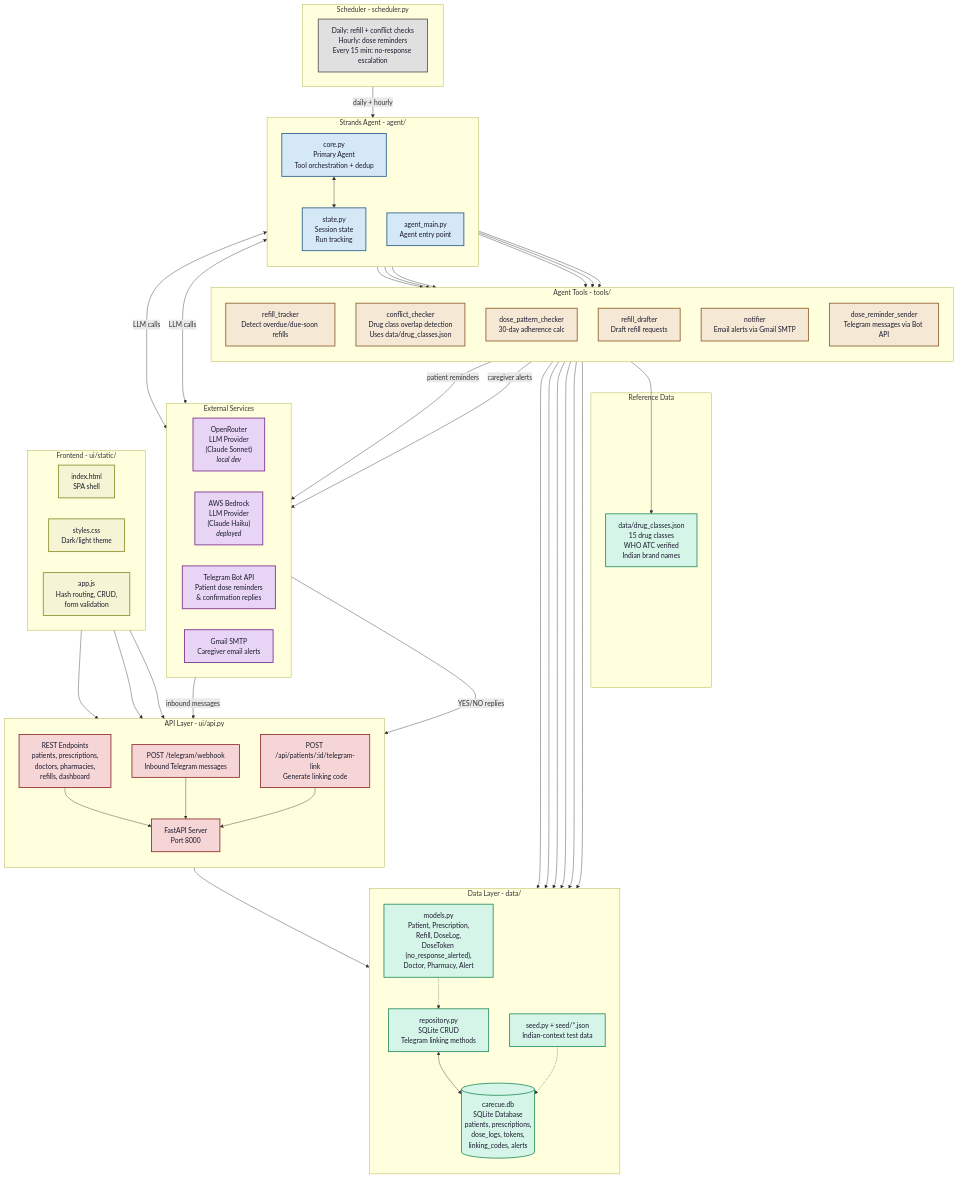
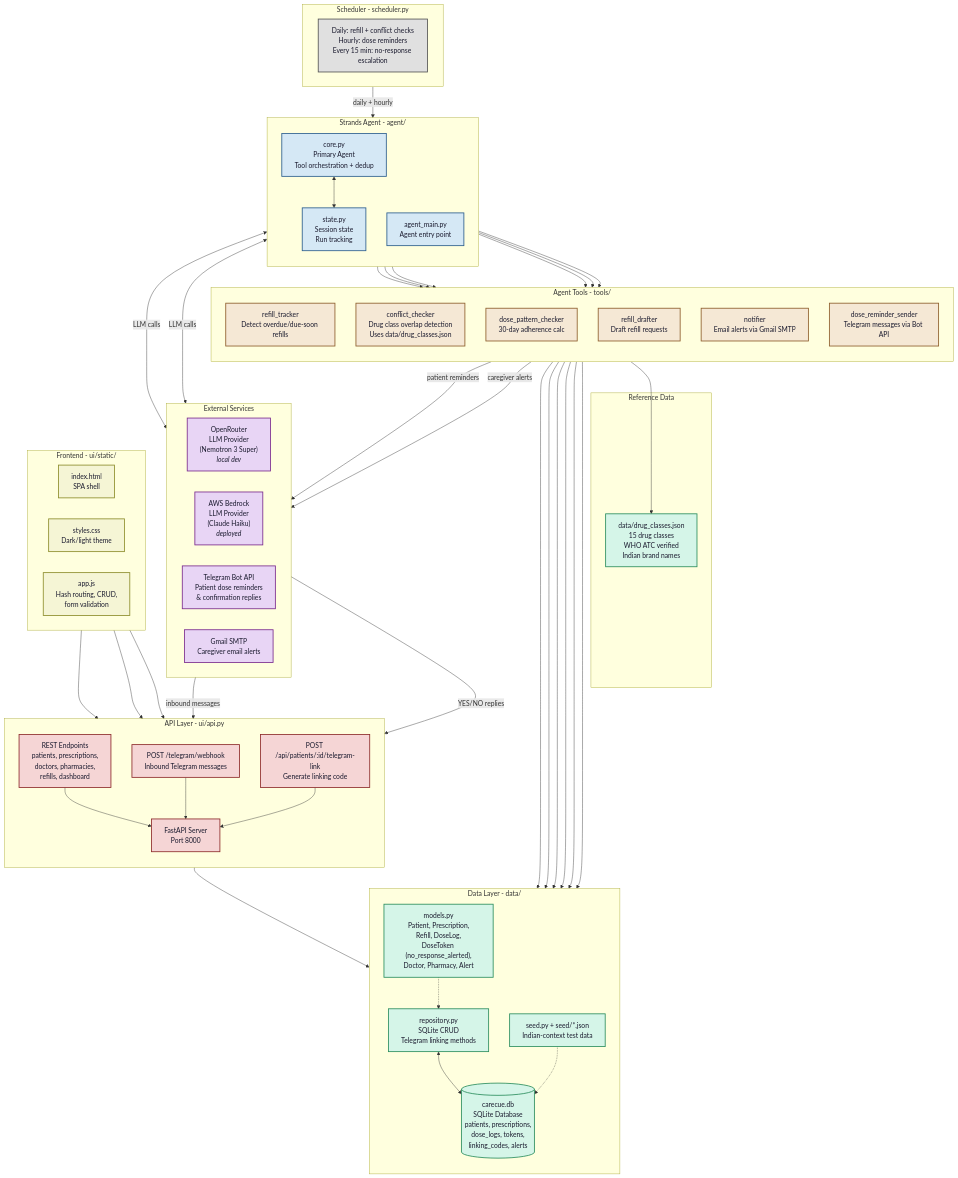
The diagram in docs/architecture.md (Biswajit-17/CareCue-Agent), drawn with Mermaid before and after one commit. The commit also changed other lines of this file and 2 other files, not shown here.

Commit message:
Use free Nemotron 3 Super model for local dev instead of Claude Sonnet
- agent/core.py: nvidia/nemotron-3-super-120b-a12b:free via OpenRouter
- Fixed OpenAIModel init to use proper client-based approach
- Updated README + architecture.md to reflect Nemotron

```diff
--- a/docs/architecture.md
+++ b/docs/architecture.md
@@ -4,7 +4,7 @@
 flowchart TB
     subgraph External["External Services"]
         direction LR
-        OR["OpenRouter<br/>LLM Provider<br/>(Claude Sonnet)<br/><i>local dev</i>"]
+        OR["OpenRouter<br/>LLM Provider<br/>(Nemotron 3 Super)<br/><i>local dev</i>"]
         BED["AWS Bedrock<br/>LLM Provider<br/>(Claude Haiku)<br/><i>deployed</i>"]
         TG["Telegram Bot API<br/>Patient dose reminders<br/>& confirmation replies"]
         GMAIL["Gmail SMTP<br/>Caregiver email alerts"]
```
